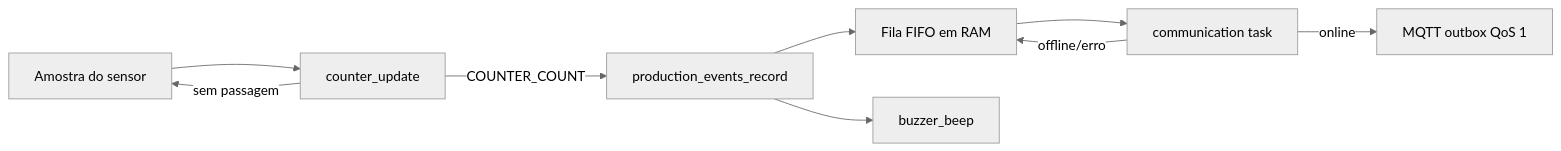
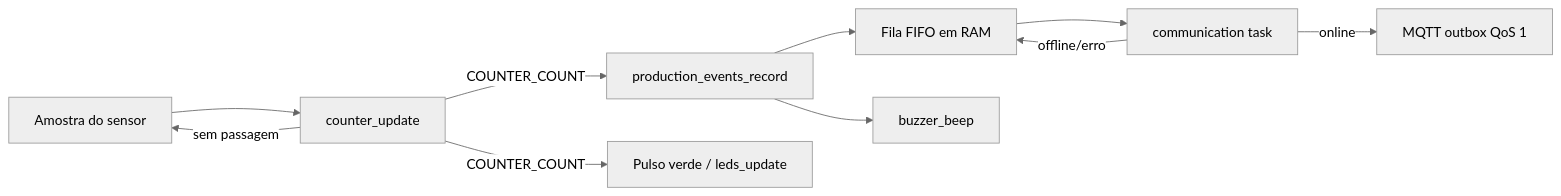
One commit to joaohenriquebitu/FlowCount changed the third of 3 diagrams in main/README.md. Above: the diagram before and after it, drawn with Mermaid (neutral theme). The commit also changed other lines of this file and 14 other files, not shown here.

````diff
--- a/main/README.md
+++ b/main/README.md
@@ -169,11 +179,12 @@
 ```mermaid
 flowchart LR
     A["Amostra do sensor"] --> B["counter_update"]
     B -->|sem passagem| A
     B -->|COUNTER_COUNT| C["production_events_record"]
     C --> D["Fila FIFO em RAM"]
     C --> E["buzzer_beep"]
+    B -->|COUNTER_COUNT| LED["Pulso verde / leds_update"]
     D --> F["communication task"]
     F -->|online| G["MQTT outbox QoS 1"]
     F -->|offline/erro| D
 ```
````
